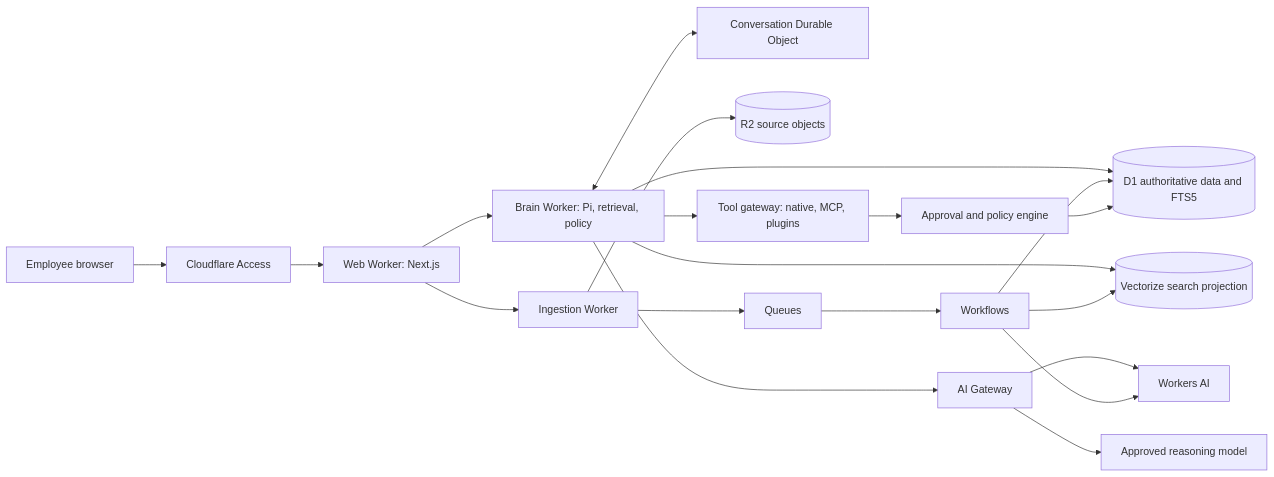
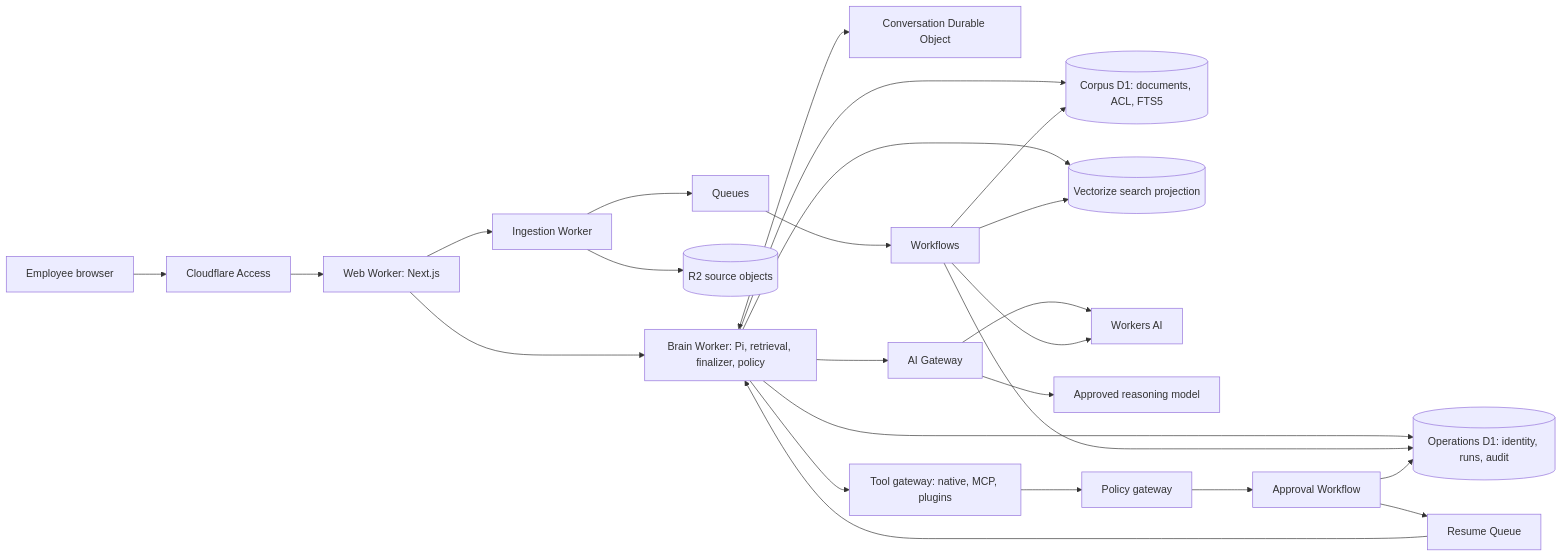
The diagram in docs/useful-brain-master-plan.md (wasimjalali/useful-brain), drawn with Mermaid before and after one commit. The commit also changed other lines of this file, not shown here.

Commit message:
chore: incorporate architecture review (#8)

````diff
--- a/docs/useful-brain-master-plan.md
+++ b/docs/useful-brain-master-plan.md
@@ -102,22 +119,27 @@
 ```mermaid
 flowchart LR
     U[Employee browser] --> A[Cloudflare Access]
     A --> W[Web Worker: Next.js]
-    W --> B[Brain Worker: Pi, retrieval, policy]
+    W --> B[Brain Worker: Pi, retrieval, finalizer, policy]
     W --> I[Ingestion Worker]
     B <--> D[Conversation Durable Object]
-    B --> DB[(D1 authoritative data and FTS5)]
+    B --> CDB[(Corpus D1: documents, ACL, FTS5)]
+    B --> ODB[(Operations D1: identity, runs, audit)]
     B --> V[(Vectorize search projection)]
     B --> G[AI Gateway]
     G --> WA[Workers AI]
     G --> M[Approved reasoning model]
     I --> R[(R2 source objects)]
     I --> Q[Queues]
     Q --> WF[Workflows]
-    WF --> DB
+    WF --> CDB
+    WF --> ODB
     WF --> V
     WF --> WA
     B --> T[Tool gateway: native, MCP, plugins]
-    T --> P[Approval and policy engine]
-    P --> DB
+    T --> P[Policy gateway]
+    P --> AP[Approval Workflow]
+    AP --> ODB
+    AP --> RQ[Resume Queue]
+    RQ --> B
 ```
````
